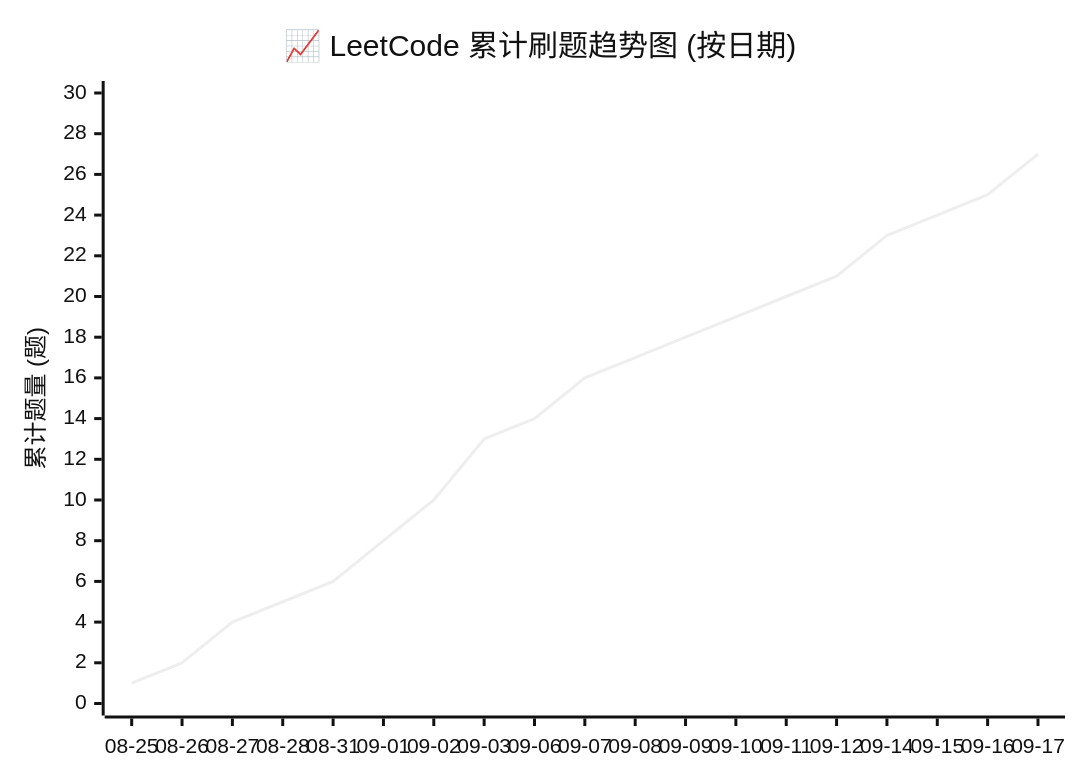
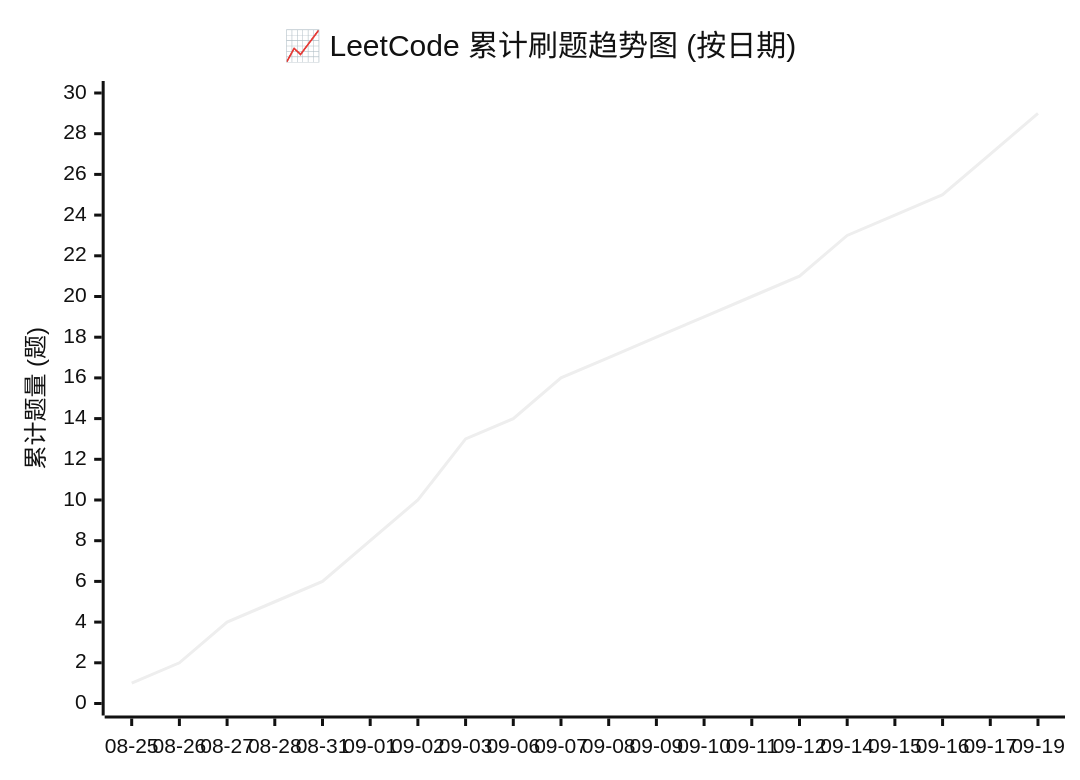
Before and after one commit to hexinbyte/LeetCode-Journey: the diagram in README.md, drawn with Mermaid (neutral theme). The commit also changed other lines of this file and 3 other files, not shown here.

````diff
--- a/README.md
+++ b/README.md
@@ -16,7 +16,7 @@
 ```mermaid
 xychart-beta
     title "📈 LeetCode 累计刷题趋势图 (按日期)"
-    x-axis ["08-25", "08-26", "08-27", "08-28", "08-31", "09-01", "09-02", "09-03", "09-06", "09-07", "09-08", "09-09", "09-10", "09-11", "09-12", "09-14", "09-15", "09-16", "09-17"]
+    x-axis ["08-25", "08-26", "08-27", "08-28", "08-31", "09-01", "09-02", "09-03", "09-06", "09-07", "09-08", "09-09", "09-10", "09-11", "09-12", "09-14", "09-15", "09-16", "09-17", "09-19"]
     y-axis "累计题量 (题)" 0 --> 30
-    line [1, 2, 4, 5, 6, 8, 10, 13, 14, 16, 17, 18, 19, 20, 21, 23, 24, 25, 27]
+    line [1, 2, 4, 5, 6, 8, 10, 13, 14, 16, 17, 18, 19, 20, 21, 23, 24, 25, 27, 29]
 ```
````
